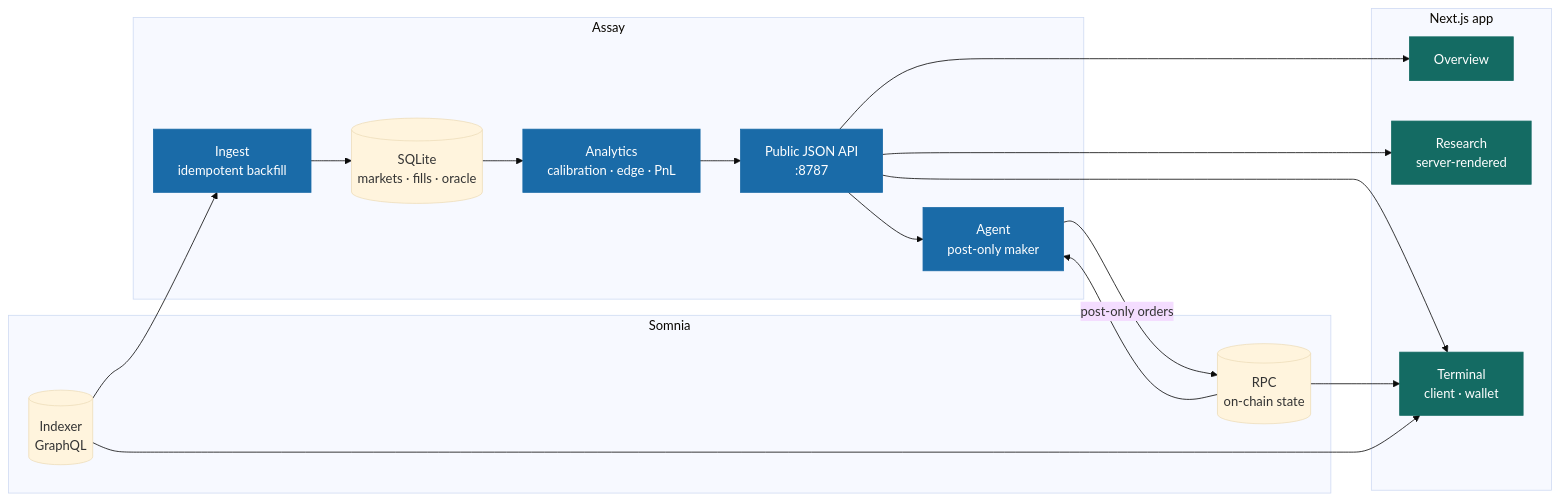
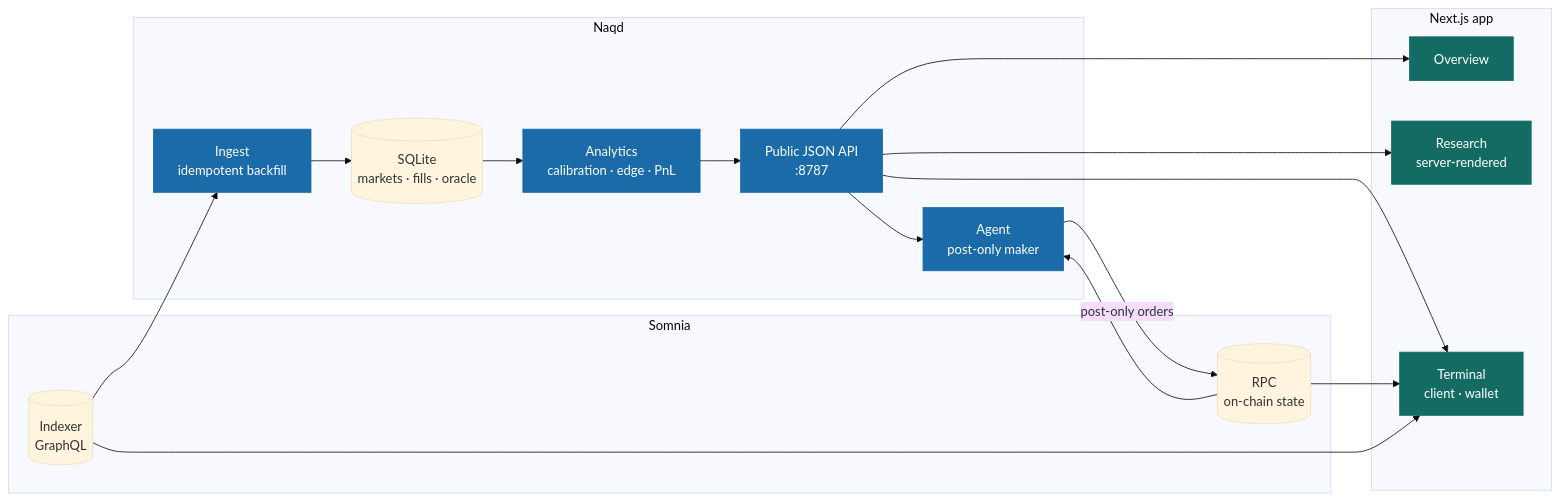
One commit to tejassinghbhati/naqd changed the first of 4 diagrams in README.md. Above: the diagram before and after it, drawn with Mermaid (base theme). The commit also changed other lines of this file and 48 other files, not shown here.

````diff
--- a/README.md
+++ b/README.md
@@ -100,36 +100,36 @@
 ```mermaid
 flowchart LR
   subgraph chain["Somnia"]
     IDX[("Indexer<br/>GraphQL")]
     RPC[("RPC<br/>on-chain state")]
   end
 
-  subgraph assay["Assay"]
+  subgraph naqd["Naqd"]
     ING["Ingest<br/>idempotent backfill"]
     DB[("SQLite<br/>markets · fills · oracle")]
     AN["Analytics<br/>calibration · edge · PnL"]
     API["Public JSON API<br/>:8787"]
     AG["Agent<br/>post-only maker"]
   end
 
   subgraph out["Next.js app"]
     HOME["Overview"]
     RES["Research<br/>server-rendered"]
     UI["Terminal<br/>client · wallet"]
   end
 
   IDX --> ING --> DB --> AN --> API
   API --> HOME
   API --> RES
   API --> UI
   API --> AG
   IDX --> UI
   RPC --> UI
   RPC --> AG
   AG -->|"post-only orders"| RPC
 
   classDef c fill:#1a6ba8,stroke:#1a6ba8,color:#fff
   classDef d fill:#146b63,stroke:#146b63,color:#fff
   class ING,AN,API,AG c
   class HOME,RES,UI d
 ```
````
